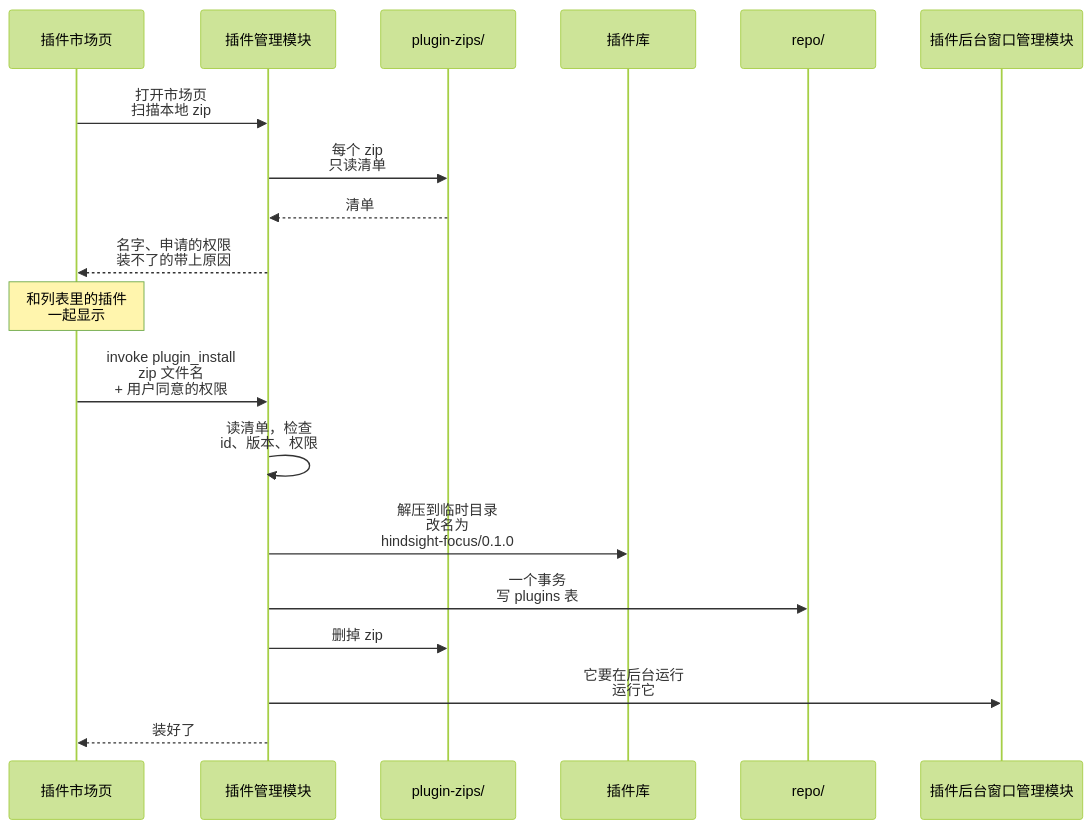
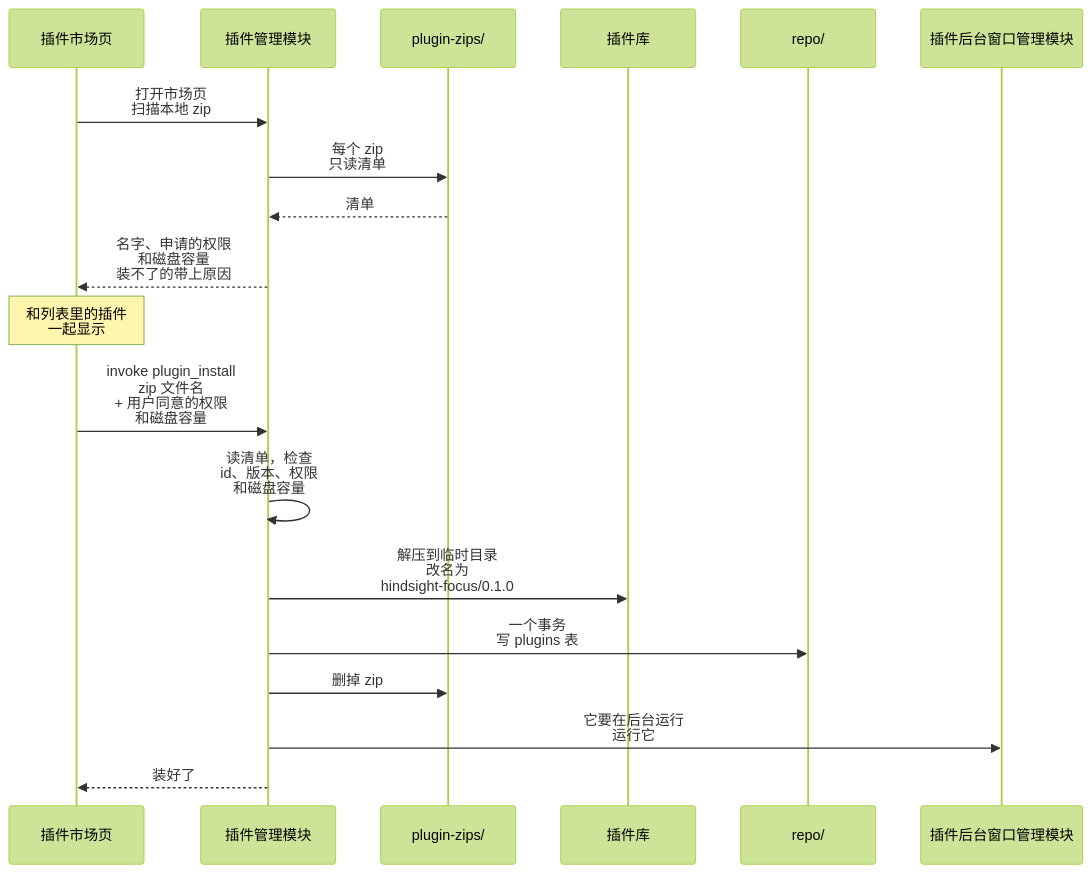
Before and after one commit to Tomotsugu-dev/Hindsight: the second of 3 diagrams in docs/design/plugins/zh/install.md, drawn with Mermaid (forest theme). The commit also changed other lines of this file and 9 other files, not shown here.

````diff
--- a/docs/design/plugins/zh/install.md
+++ b/docs/design/plugins/zh/install.md
@@ -50,21 +51,21 @@
 ```mermaid
 sequenceDiagram
   participant M as 插件市场页
   participant G as 插件管理模块
   participant Z as plugin-zips/
   participant D as 插件库
   participant R as repo/
   participant W as 插件后台窗口管理模块
   M->>G: 打开市场页<br/>扫描本地 zip
   G->>Z: 每个 zip<br/>只读清单
   Z-->>G: 清单
-  G-->>M: 名字、申请的权限<br/>装不了的带上原因
+  G-->>M: 名字、申请的权限<br/>和磁盘容量<br/>装不了的带上原因
   Note over M: 和列表里的插件<br/>一起显示
-  M->>G: invoke plugin_install<br/>zip 文件名<br/>+ 用户同意的权限
-  G->>G: 读清单，检查<br/>id、版本、权限
+  M->>G: invoke plugin_install<br/>zip 文件名<br/>+ 用户同意的权限<br/>和磁盘容量
+  G->>G: 读清单，检查<br/>id、版本、权限<br/>和磁盘容量
   G->>D: 解压到临时目录<br/>改名为<br/>hindsight-focus/0.1.0
   G->>R: 一个事务<br/>写 plugins 表
   G->>Z: 删掉 zip
   G->>W: 它要在后台运行<br/>运行它
   G-->>M: 装好了
 ```
````
